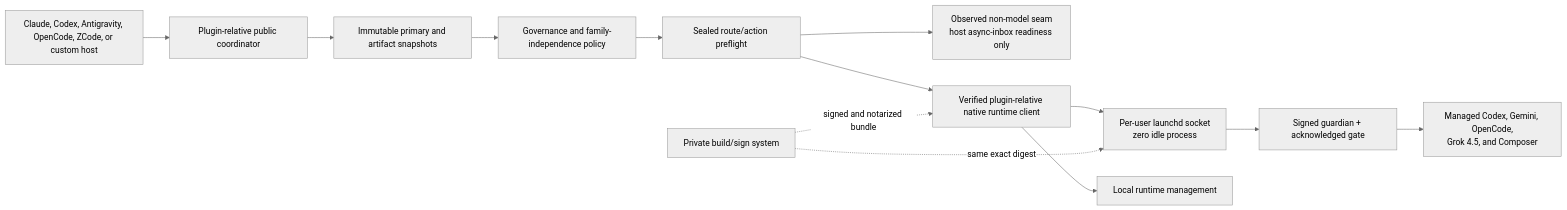
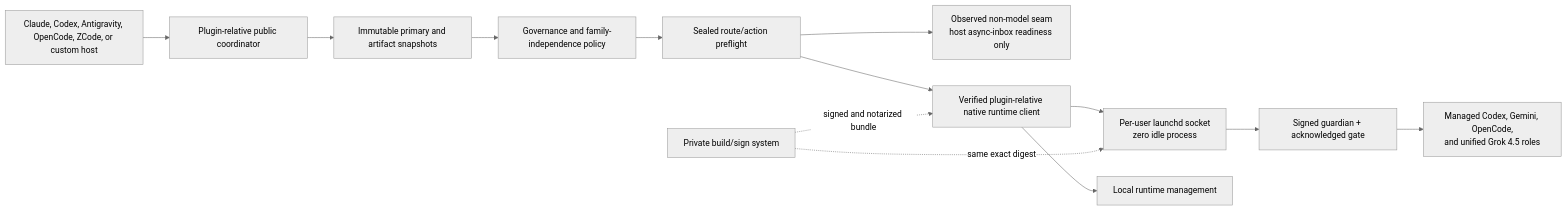
Before and after one commit to sumitake/agent-collab: the diagram in README.md, drawn with Mermaid (neutral theme). The commit also changed other lines of this file and 67 other files, not shown here.

````diff
--- a/README.md
+++ b/README.md
@@ -162,15 +176,15 @@
 ```mermaid
 flowchart LR
     H["Claude, Codex, Antigravity, OpenCode, ZCode, or custom host"] --> C0["Plugin-relative public coordinator"]
     C0 --> P["Immutable primary and artifact snapshots"]
     P --> G["Governance and family-independence policy"]
     G --> S["Sealed route/action preflight"]
     S --> N["Observed non-model seam<br/>host async-inbox readiness only"]
     S --> C["Verified plugin-relative native runtime client"]
     C --> B["Per-user launchd socket<br/>zero idle process"]
     B --> Q["Signed guardian + acknowledged gate"]
-    Q --> X1["Managed Codex, Gemini, OpenCode,<br/>Grok 4.5, and Composer"]
+    Q --> X1["Managed Codex, Gemini, OpenCode,<br/>and unified Grok 4.5 roles"]
     C --> X2["Local runtime management"]
     W["Private build/sign system"] -. "signed and notarized bundle" .-> C
     W -. "same exact digest" .-> B
 ```
````
